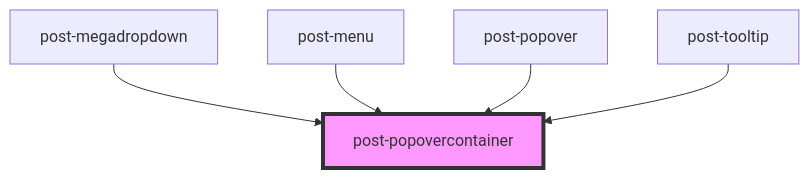
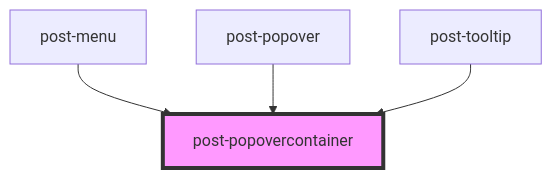
The diagram in packages/components/src/components/post-popovercontainer/readme.md (swisspost/design-system), drawn with Mermaid before and after one commit. The commit also changed other lines of this file and 13 other files, not shown here.

Commit message:
fix(component): remove `post-popovercontainer` from `post-megadropdown` (#4421)

````diff
--- a/packages/components/src/components/post-popovercontainer/readme.md
+++ b/packages/components/src/components/post-popovercontainer/readme.md
@@ -88,8 +87,7 @@
 ```mermaid
 graph TD;
-  post-megadropdown --> post-popovercontainer
   post-menu --> post-popovercontainer
   post-popover --> post-popovercontainer
   post-tooltip --> post-popovercontainer
   style post-popovercontainer fill:#f9f,stroke:#333,stroke-width:4px
 ```
````
